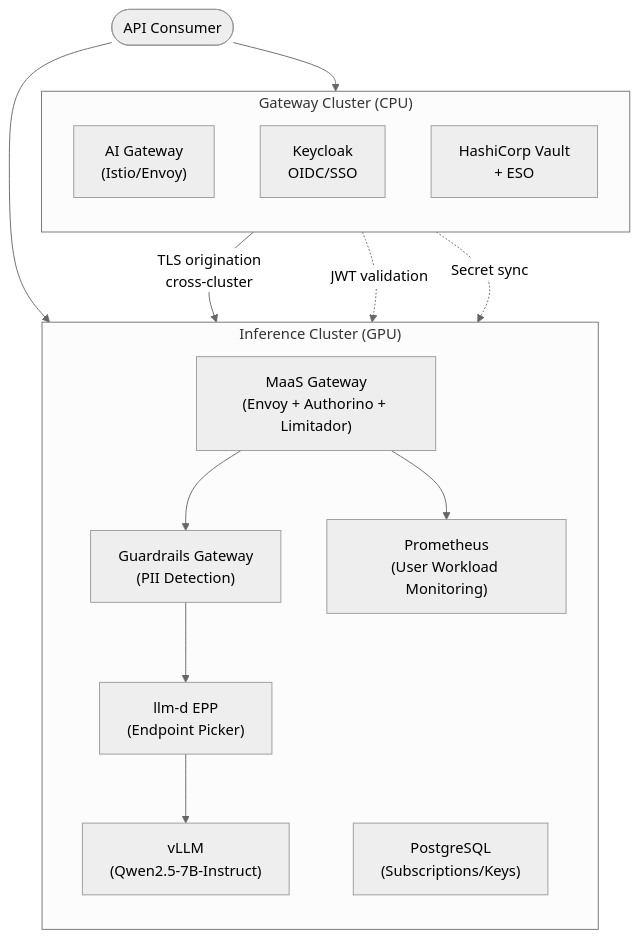
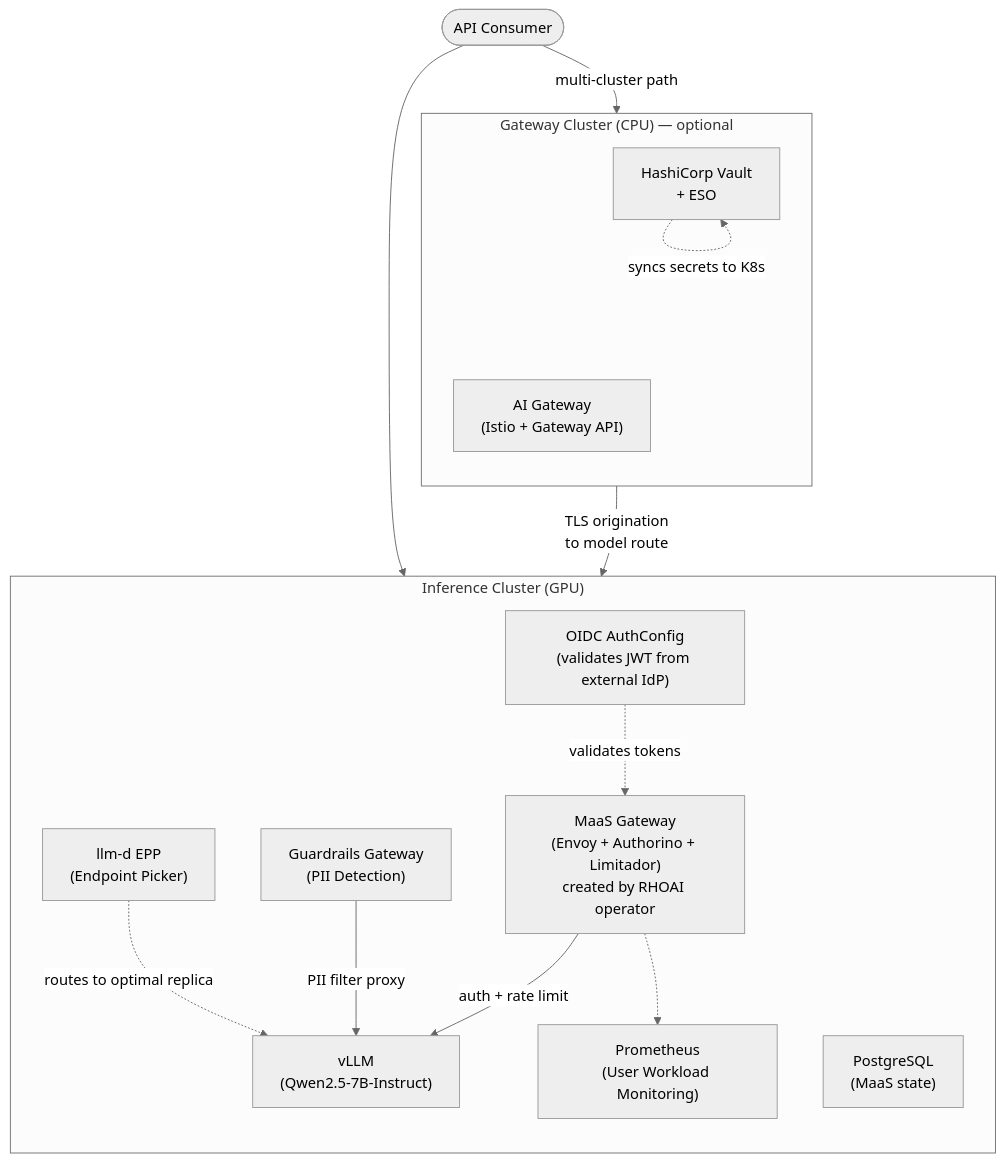
The first of 3 diagrams in README.md (rrbanda/maas-demo), drawn with Mermaid (neutral theme) before and after one commit. The commit also changed other lines of this file and 3 other files, not shown here.

````diff
--- a/README.md
+++ b/README.md
@@ -23,29 +22,29 @@
 ```mermaid
 flowchart TB
-    subgraph GW["Gateway Cluster (CPU)"]
+    subgraph GW["Gateway Cluster (CPU) — optional"]
         direction TB
-        AIGw["AI Gateway<br/>(Istio/Envoy)"]
-        KC["Keycloak<br/>OIDC/SSO"]
+        AIGw["AI Gateway<br/>(Istio + Gateway API)"]
         Vault["HashiCorp Vault<br/>+ ESO"]
     end
 
     subgraph INF["Inference Cluster (GPU)"]
         direction TB
-        MaaS["MaaS Gateway<br/>(Envoy + Authorino + Limitador)"]
+        MaaS["MaaS Gateway<br/>(Envoy + Authorino + Limitador)<br/>created by RHOAI operator"]
         Guard["Guardrails Gateway<br/>(PII Detection)"]
         EPP["llm-d EPP<br/>(Endpoint Picker)"]
         vLLM["vLLM<br/>(Qwen2.5-7B-Instruct)"]
-        PG["PostgreSQL<br/>(Subscriptions/Keys)"]
+        PG["PostgreSQL<br/>(MaaS state)"]
         Prom["Prometheus<br/>(User Workload Monitoring)"]
+        OIDC["OIDC AuthConfig<br/>(validates JWT from external IdP)"]
     end
 
-    Client(["API Consumer"]) --> AIGw
-    Client --> MaaS
-    AIGw -->|"TLS origination<br/>cross-cluster"| MaaS
-    KC -.->|"JWT validation"| MaaS
-    Vault -.->|"Secret sync"| PG
-    MaaS --> Guard
-    Guard --> EPP
-    EPP --> vLLM
-    MaaS --> Prom
+    Client(["API Consumer"]) --> MaaS
+    Client -->|"multi-cluster path"| AIGw
+    AIGw -->|"TLS origination<br/>to model route"| vLLM
+    MaaS -->|"auth + rate limit"| vLLM
+    Guard -->|"PII filter proxy"| vLLM
+    EPP -.->|"routes to optimal replica"| vLLM
+    OIDC -.->|"validates tokens"| MaaS
+    MaaS -.-> Prom
+    Vault -.->|"syncs secrets to K8s"| Vault
 ```
````
